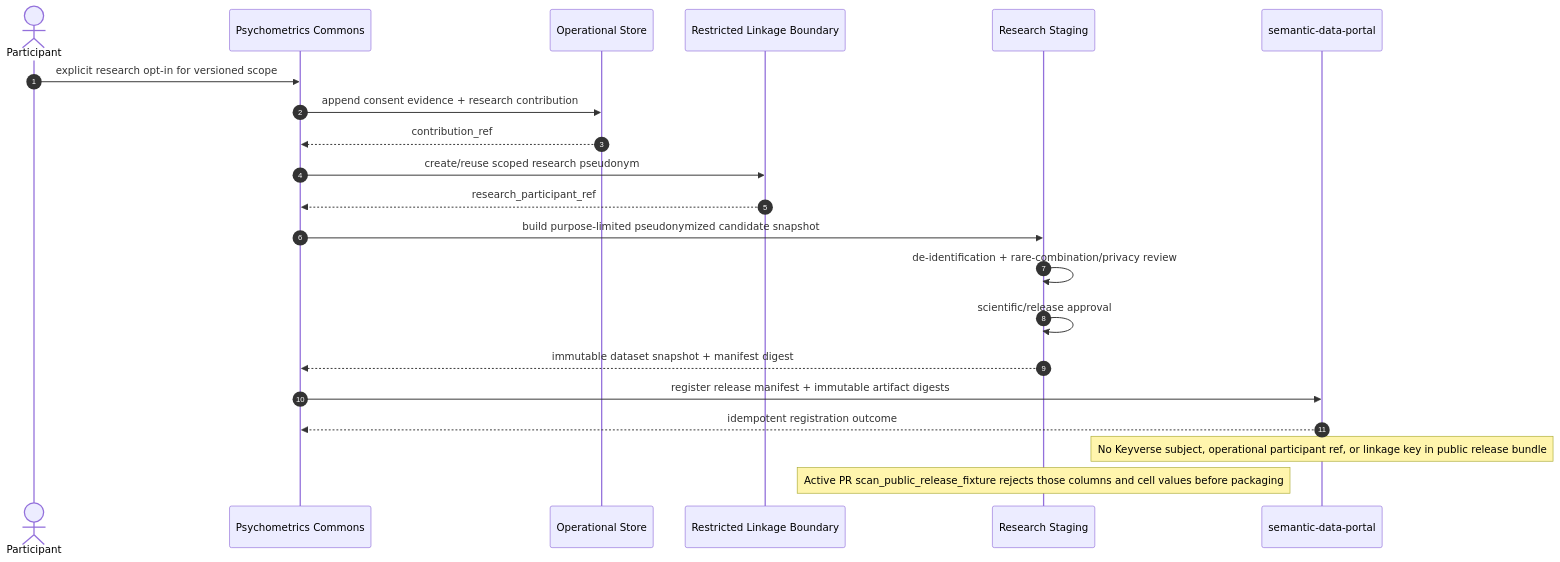
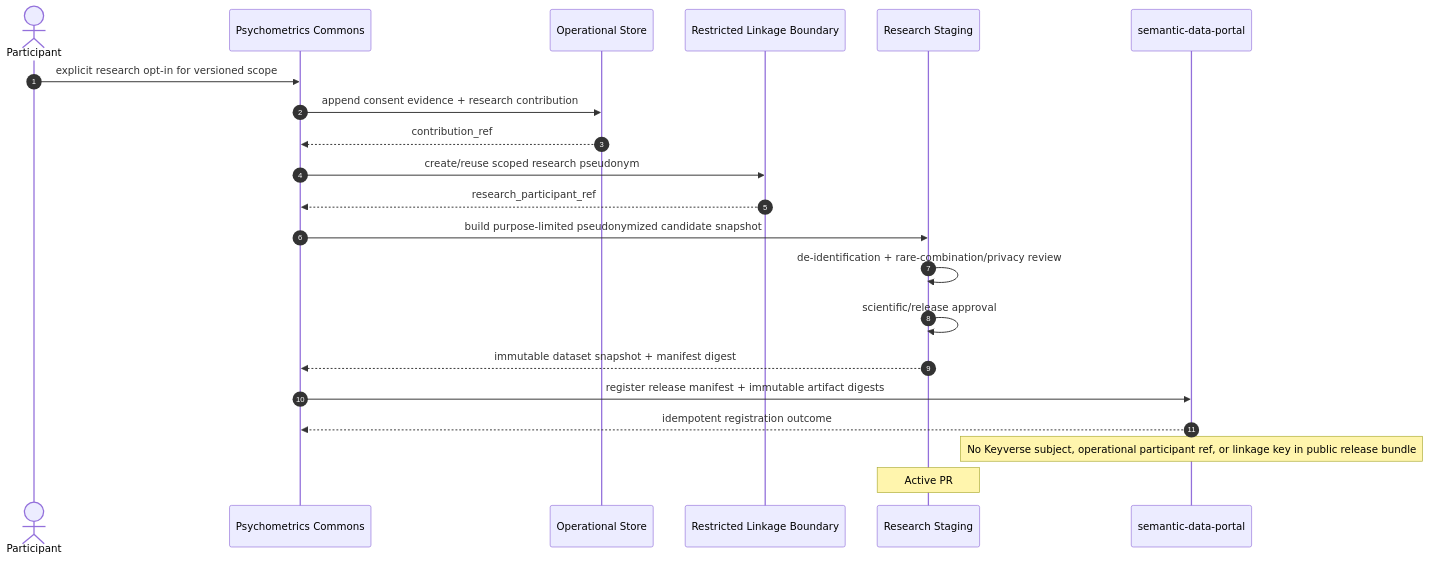
One commit to ContextualWisdomLab/psychometrics-commons changed diagram 11 of 12 in docs/architecture/UML.md. Above: the diagram before and after it, drawn with Mermaid. The commit also changed 2 other files, not shown here.

Commit message:
docs(research): name Active PR #212 for public fixture scan
Keep traceability, risk, and UML pointing at the opened leakage-scan
head. Restricted-linkage persistence stays on #187.

````diff
--- a/docs/architecture/UML.md
+++ b/docs/architecture/UML.md
@@ -443,27 +443,27 @@
 ```mermaid
 sequenceDiagram
     autonumber
     actor P as Participant
     participant A as Psychometrics Commons
     participant DB as Operational Store
     participant L as Restricted Linkage Boundary
     participant R as Research Staging
     participant S as semantic-data-portal
 
     P->>A: explicit research opt-in for versioned scope
     A->>DB: append consent evidence + research contribution
     DB-->>A: contribution_ref
     A->>L: create/reuse scoped research pseudonym
     L-->>A: research_participant_ref
 
     A->>R: build purpose-limited pseudonymized candidate snapshot
     R->>R: de-identification + rare-combination/privacy review
     R->>R: scientific/release approval
     R-->>A: immutable dataset snapshot + manifest digest
 
     A->>S: register release manifest + immutable artifact digests
     S-->>A: idempotent registration outcome
 
     Note over S: No Keyverse subject, operational participant ref, or linkage key in public release bundle
-    Note over R: Active PR scan_public_release_fixture rejects those columns and cell values before packaging
+    Note over R: Active PR #212 scan_public_release_fixture rejects those columns and cell values before packaging
 ```
````
